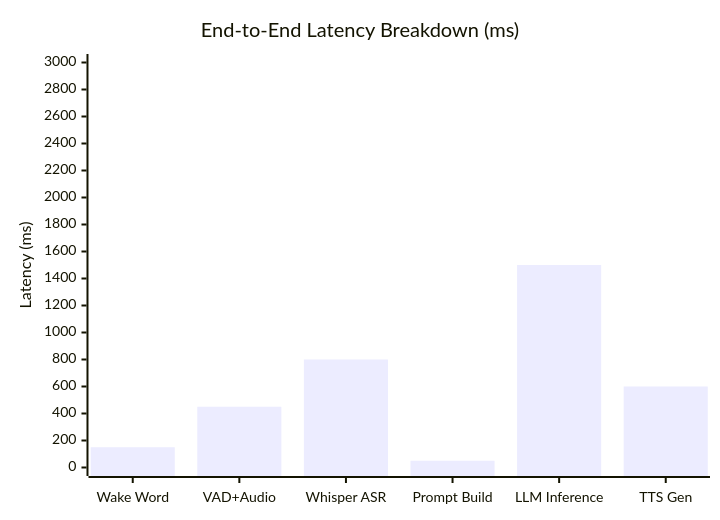
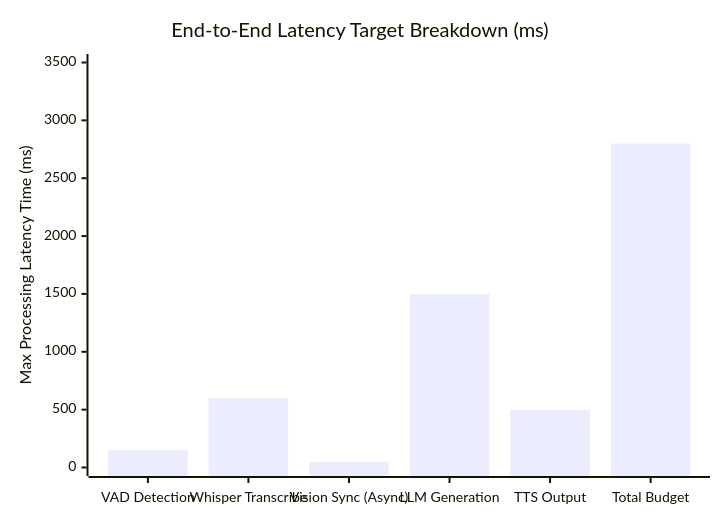
Before and after one commit to deepanmpc/LaRa: the sixth of 10 diagrams in ARCHITECTURE.md, drawn with Mermaid. The commit also changed other lines of this file, not shown here.

Commit message:
docs: update architecture diagrams to reflect detailed data-flow, memory hierarchy, and system configuration

````diff
--- a/ARCHITECTURE.md
+++ b/ARCHITECTURE.md
@@ -121,7 +161,7 @@
 ```mermaid
 xychart-beta
-    title "End-to-End Latency Breakdown (ms)"
-    x-axis ["Wake Word", "VAD+Audio", "Whisper ASR", "Prompt Build", "LLM Inference", "TTS Gen"]
-    y-axis "Latency (ms)" 0 --> 3000
-    bar [150, 450, 800, 50, 1500, 600]
+    title "End-to-End Latency Target Breakdown (ms)"
+    x-axis ["VAD Detection", "Whisper Transcribe", "Vision Sync (Async)", "LLM Generation", "TTS Output", "Total Budget"]
+    y-axis "Max Processing Latency Time (ms)" 0 --> 3500
+    bar [150, 600, 50, 1500, 500, 2800]
 ```
````
